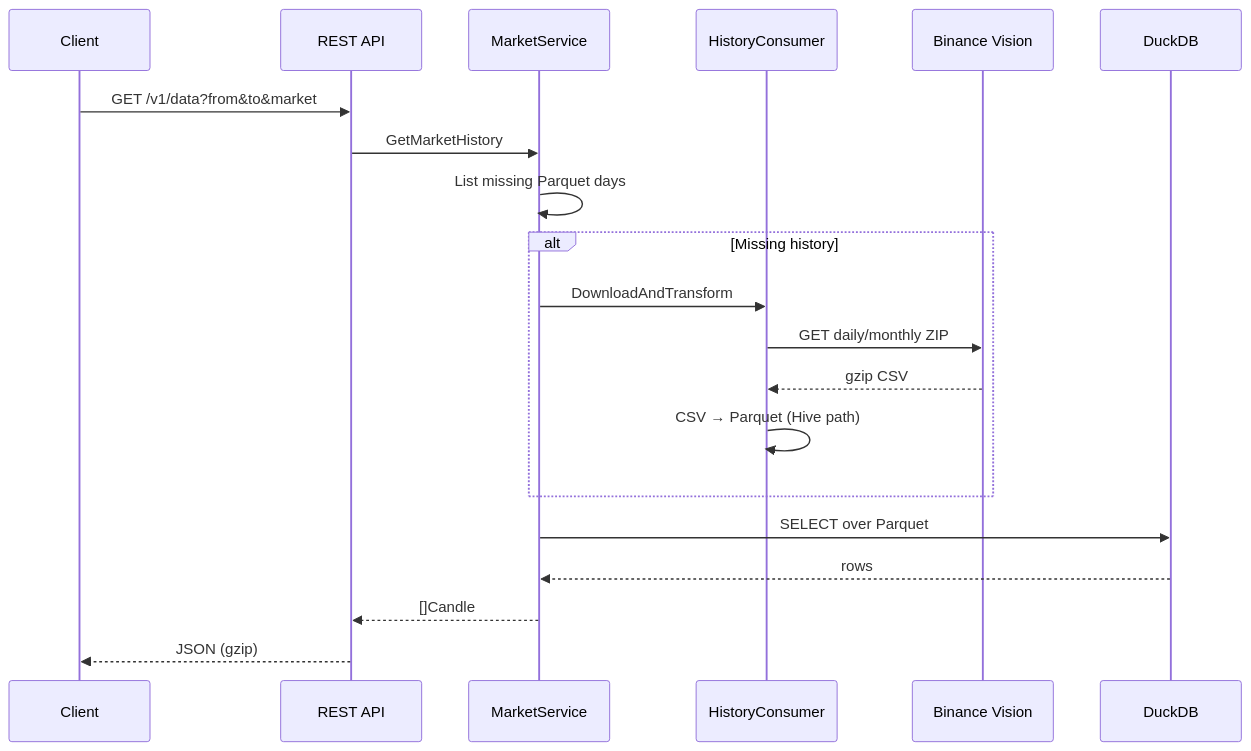
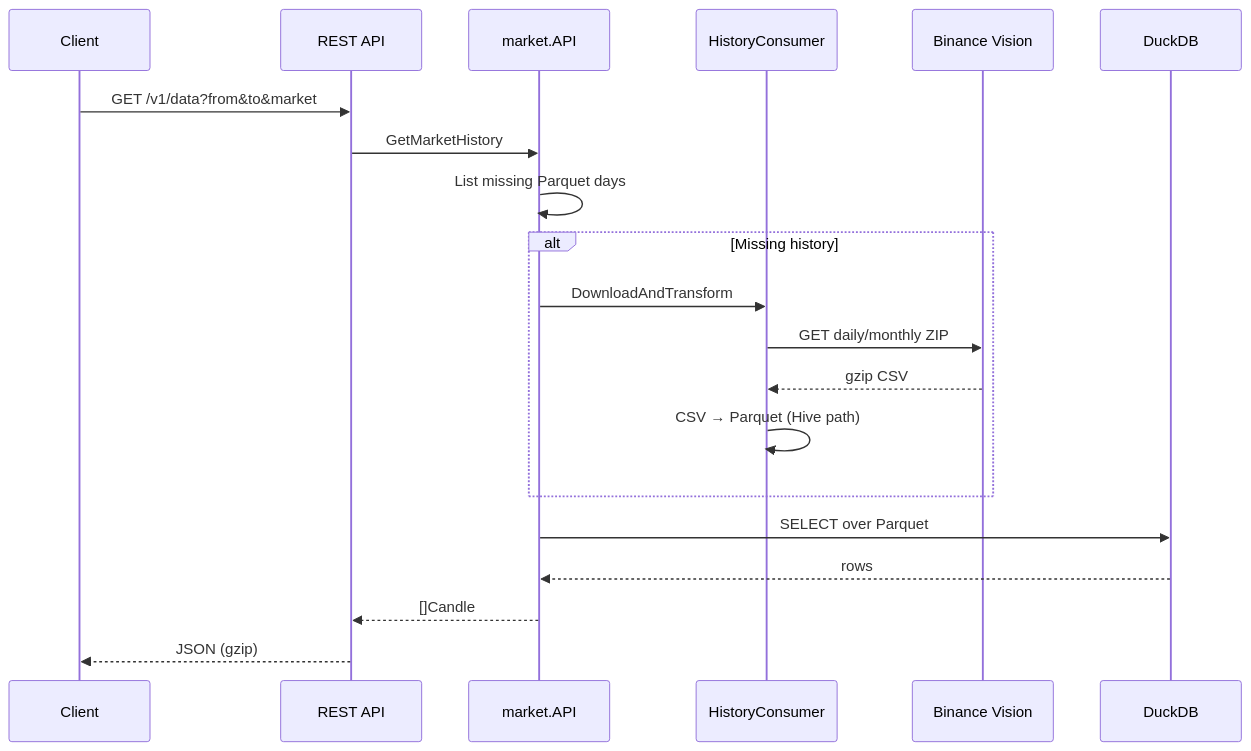
Before and after one commit to eSlider/go-fdp: the third of 3 diagrams in README.md, drawn with Mermaid. The commit also changed other lines of this file and 78 other files, not shown here.

````diff
--- a/README.md
+++ b/README.md
@@ -147,23 +147,23 @@
 ```mermaid
 sequenceDiagram
     participant Client
     participant API as REST API
-    participant Svc as MarketService
+    participant Svc as market.API
     participant ETL as HistoryConsumer
     participant S3 as Binance Vision
     participant DB as DuckDB
 
     Client->>API: GET /v1/data?from&to&market
     API->>Svc: GetMarketHistory
     Svc->>Svc: List missing Parquet days
     alt Missing history
         Svc->>ETL: DownloadAndTransform
         ETL->>S3: GET daily/monthly ZIP
         S3-->>ETL: gzip CSV
         ETL->>ETL: CSV → Parquet (Hive path)
     end
     Svc->>DB: SELECT over Parquet
     DB-->>Svc: rows
     Svc-->>API: []Candle
     API-->>Client: JSON (gzip)
 ```
````
